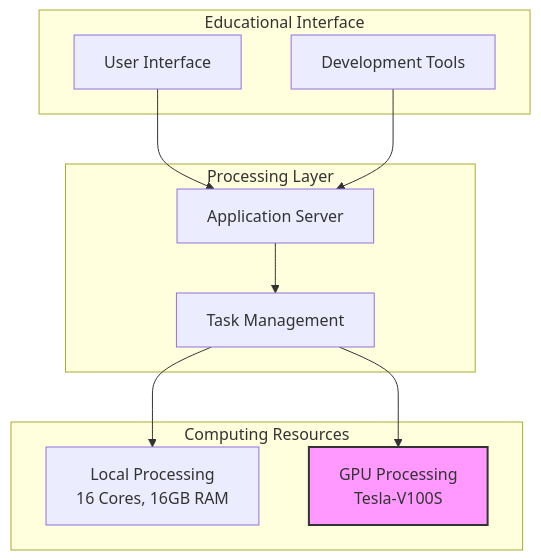
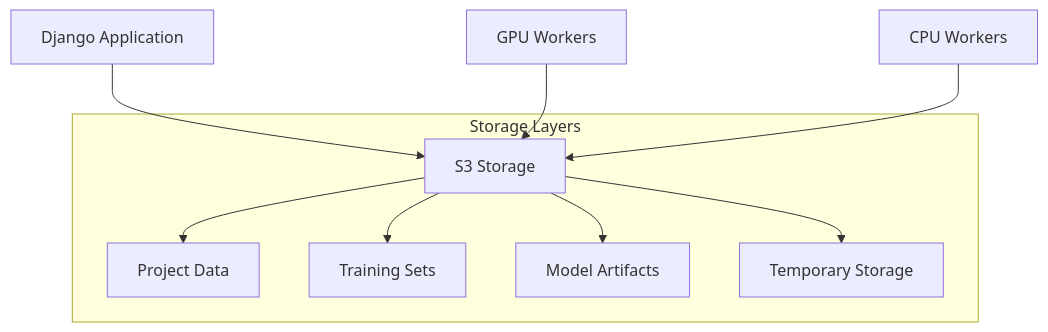
Before and after one commit to frontierbio-tech/frontierbio-tech.github.io: the first of 4 diagrams in test2.md, drawn with Mermaid. The commit also changed other lines of this file, not shown here.

````diff
--- a/test2.md
+++ b/test2.md
@@ -46,25 +41,13 @@
 ```mermaid
 graph TB
-    subgraph "Educational Interface"
-        UI[User Interface]
-        Tools[Development Tools]
+    A[Django Application] --> B[S3 Storage]
+    C[GPU Workers] --> B
+    D[CPU Workers] --> B
+    
+    subgraph "Storage Layers"
+        B --> E[Project Data]
+        B --> F[Training Sets]
+        B --> G[Model Artifacts]
+        B --> H[Temporary Storage]
     end
-
-    subgraph "Processing Layer"
-        App[Application Server]
-        Queue[Task Management]
-    end
-
-    subgraph "Computing Resources"
-        CPU[Local Processing<br/>16 Cores, 16GB RAM]
-        GPU[GPU Processing<br/>Tesla-V100S]
-    end
-
-    UI --> App
-    Tools --> App
-    App --> Queue
-    Queue --> CPU
-    Queue --> GPU
-
-    style GPU fill:#f9f,stroke:#333,stroke-width:2px
 ```
````
